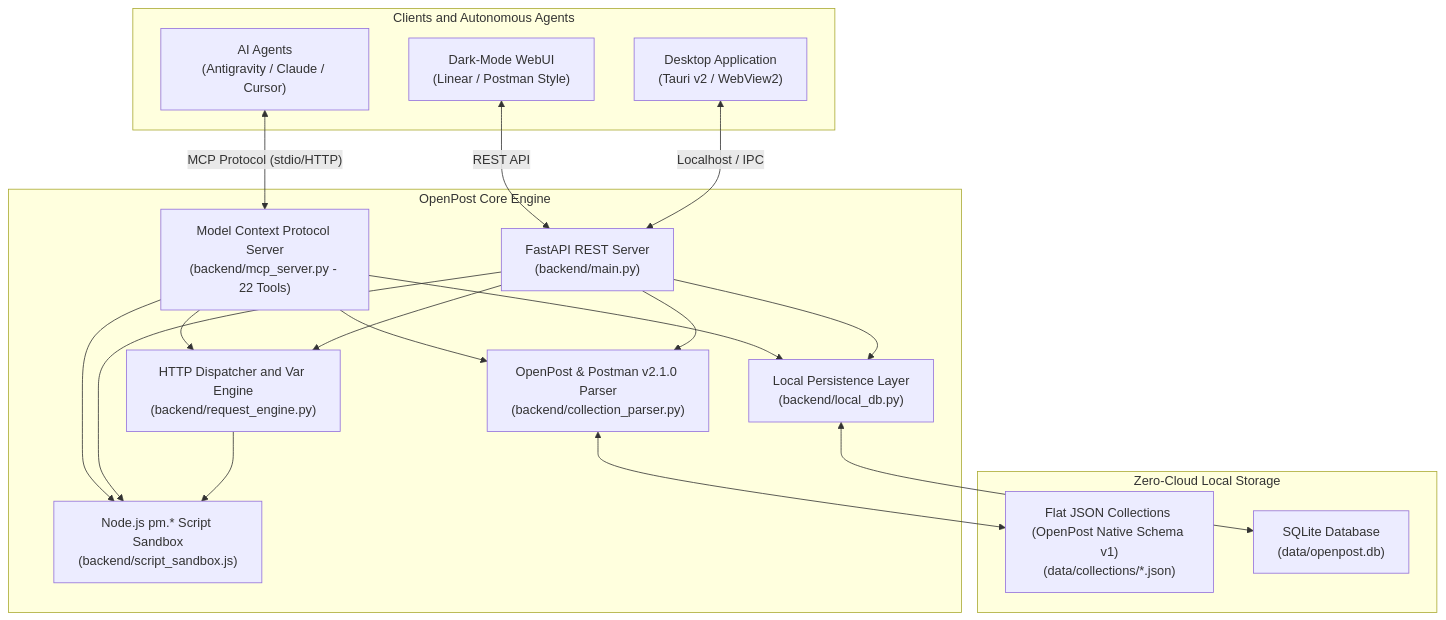
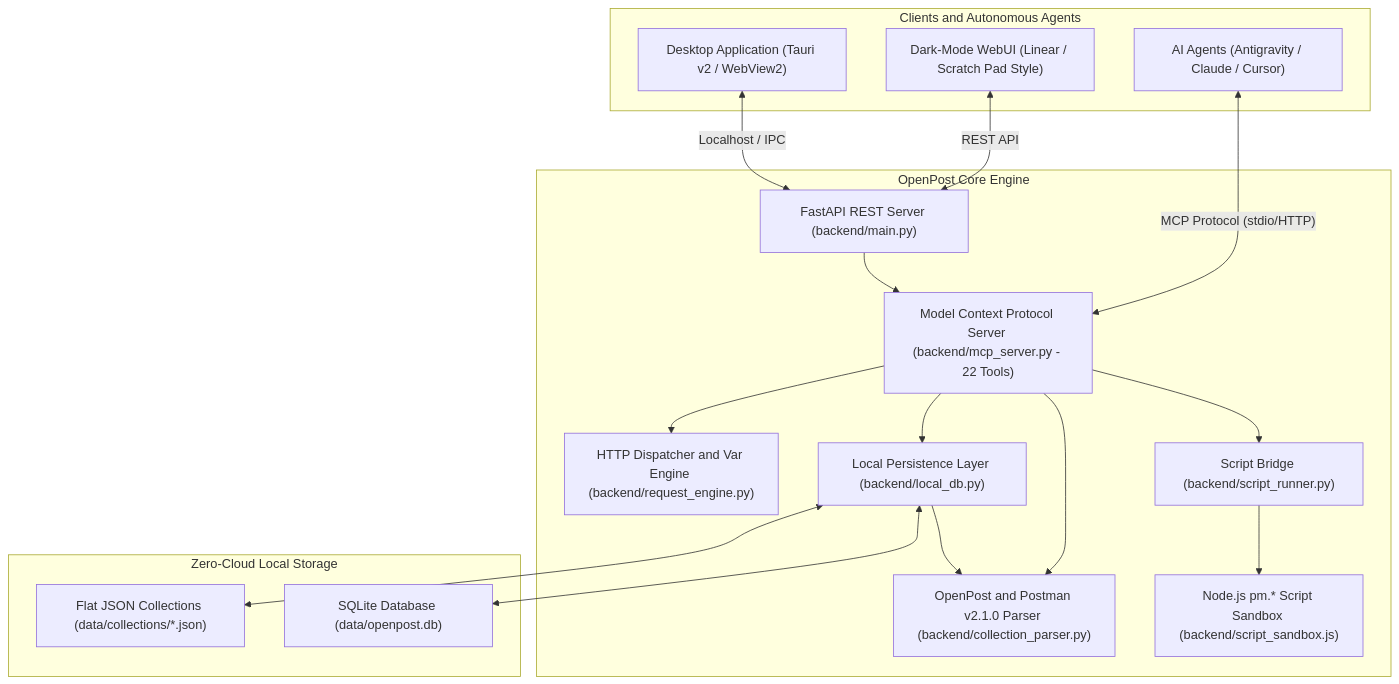
The diagram in README.md (zshortbusz/openpost), drawn with Mermaid before and after one commit. The commit also changed other lines of this file and 14 other files, not shown here.

Commit message:
fix(security): harden script sandbox, CORS/Host, TLS, parser, and Mermaid diagram

````diff
--- a/README.md
+++ b/README.md
@@ -59,41 +59,39 @@
 ```mermaid
 flowchart TB
     subgraph Clients["Clients and Autonomous Agents"]
-        Agent["AI Agents<br/>(Antigravity / Claude / Cursor)"]
-        UI["Dark-Mode WebUI<br/>(Linear / Postman Style)"]
-        Desktop["Desktop Application<br/>(Tauri v2 / WebView2)"]
+        Agent["AI Agents (Antigravity / Claude / Cursor)"]
+        UI["Dark-Mode WebUI (Linear / Scratch Pad Style)"]
+        Desktop["Desktop Application (Tauri v2 / WebView2)"]
     end
 
     subgraph OpenPost["OpenPost Core Engine"]
-        MCP["Model Context Protocol Server<br/>(backend/mcp_server.py - 22 Tools)"]
-        API["FastAPI REST Server<br/>(backend/main.py)"]
+        MCP["Model Context Protocol Server (backend/mcp_server.py - 22 Tools)"]
+        API["FastAPI REST Server (backend/main.py)"]
         
-        Parser["OpenPost & Postman v2.1.0 Parser<br/>(backend/collection_parser.py)"]
-        Engine["HTTP Dispatcher and Var Engine<br/>(backend/request_engine.py)"]
-        Sandbox["Node.js pm.* Script Sandbox<br/>(backend/script_sandbox.js)"]
-        Store["Local Persistence Layer<br/>(backend/local_db.py)"]
+        Parser["OpenPost and Postman v2.1.0 Parser (backend/collection_parser.py)"]
+        Engine["HTTP Dispatcher and Var Engine (backend/request_engine.py)"]
+        Runner["Script Bridge (backend/script_runner.py)"]
+        Sandbox["Node.js pm.* Script Sandbox (backend/script_sandbox.js)"]
+        Store["Local Persistence Layer (backend/local_db.py)"]
     end
 
     subgraph Storage["Zero-Cloud Local Storage"]
-        JSONFiles["Flat JSON Collections (OpenPost Native Schema v1)<br/>(data/collections/*.json)"]
-        SQLiteDB["SQLite Database<br/>(data/openpost.db)"]
+        JSONFiles["Flat JSON Collections (data/collections/*.json)"]
+        SQLiteDB["SQLite Database (data/openpost.db)"]
     end
 
     Agent <-->|"MCP Protocol (stdio/HTTP)"| MCP
     UI <-->|"REST API"| API
     Desktop <-->|"Localhost / IPC"| API
 
+    API --> MCP
     MCP --> Parser
     MCP --> Engine
     MCP --> Store
-    MCP --> Sandbox
+    MCP --> Runner
+    Runner --> Sandbox
 
-    API --> Parser
-    API --> Engine
-    API --> Store
-    API --> Sandbox
-
-    Parser <--> JSONFiles
+    Store --> Parser
+    Store <--> JSONFiles
     Store <--> SQLiteDB
-    Engine --> Sandbox
 ```
````
